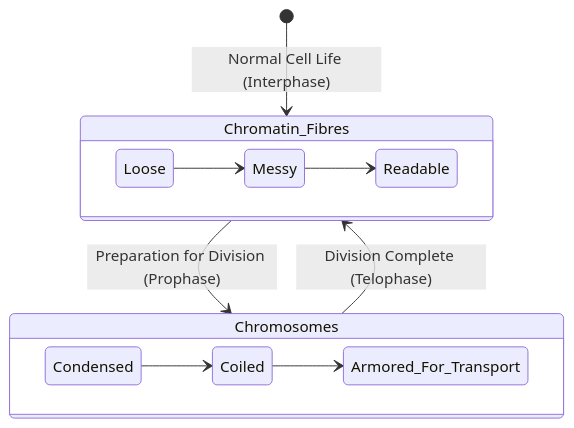
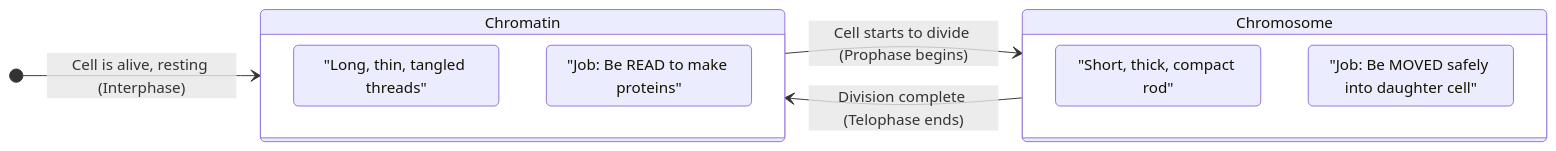
Before and after one commit to naveengarla/icse-10th-biology: the diagram in Chapter_02_Tutorial/2.1_What_Are_Chromosomes.md, drawn with Mermaid. The commit also changed other lines of this file and 8 other files, not shown here.

````diff
--- a/Chapter_02_Tutorial/2.1_What_Are_Chromosomes.md
+++ b/Chapter_02_Tutorial/2.1_What_Are_Chromosomes.md
@@ -31,18 +23,16 @@
 ```mermaid
 stateDiagram-v2
-    [*] --> Chromatin_Fibres : Normal Cell Life (Interphase)
-    Chromatin_Fibres --> Chromosomes : Preparation for Division (Prophase)
-    Chromosomes --> Chromatin_Fibres : Division Complete (Telophase)
-    
-    state Chromatin_Fibres {
-        direction LR
-        Loose --> Messy
-        Messy --> Readable
+    direction LR
+    [*] --> Chromatin : Cell is alive, resting (Interphase)
+    Chromatin --> Chromosome : Cell starts to divide (Prophase begins)
+    Chromosome --> Chromatin : Division complete (Telophase ends)
+
+    state Chromatin {
+        Loose_threads : "Long, thin, tangled threads"
+        Job : "Job: Be READ to make proteins"
     }
-    
-    state Chromosomes {
-        direction LR
-        Condensed --> Coiled
-        Coiled --> Armored_For_Transport
+    state Chromosome {
+        Compact_rod : "Short, thick, compact rod"
+        Job2 : "Job: Be MOVED safely into daughter cell"
     }
 ```
````
